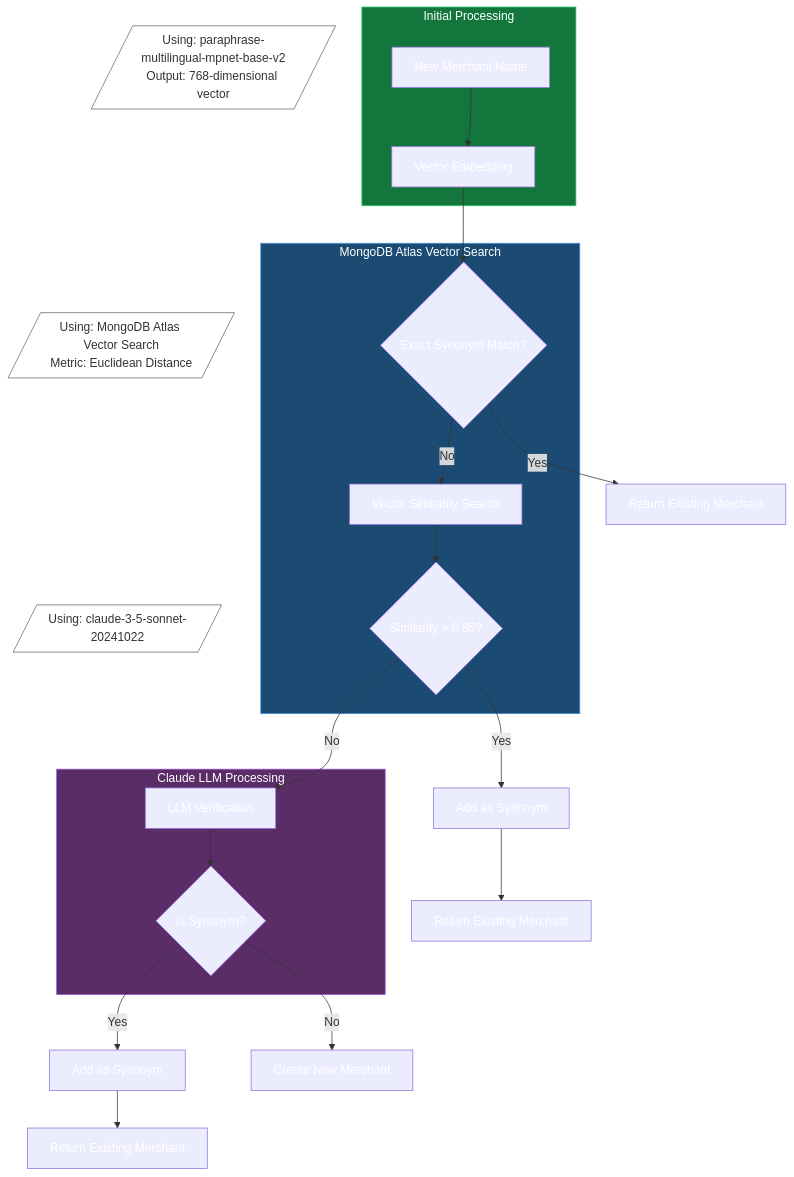
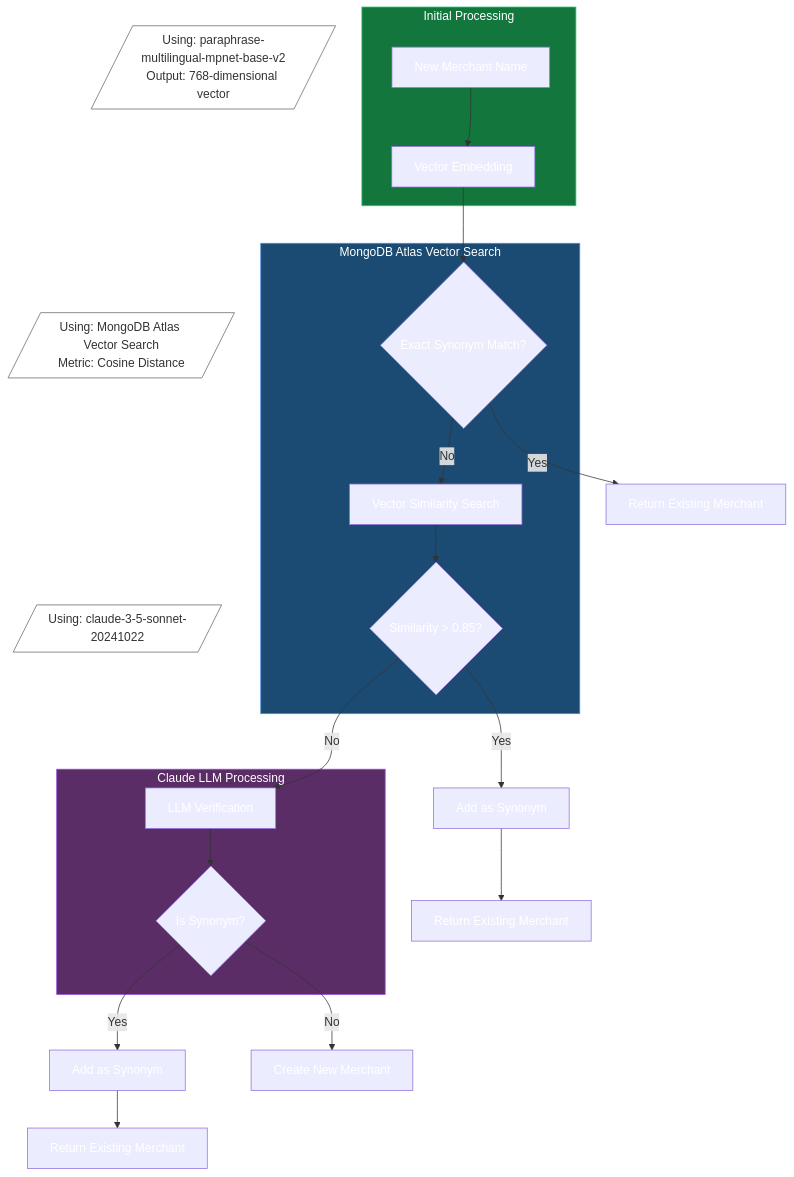
Before and after one commit to tzehon/genai-examples: the first of 2 diagrams in streamlit/invoice_processor/README.md, drawn with Mermaid. The commit also changed other lines of this file and 1 other file, not shown here.

Commit message:
Use cosine similarity function

````diff
--- a/streamlit/invoice_processor/README.md
+++ b/streamlit/invoice_processor/README.md
@@ -105,47 +105,47 @@
 ```mermaid
 graph TD
     %% Annotations first so they appear behind
     ann1[/"Using: paraphrase-multilingual-mpnet-base-v2<br>Output: 768-dimensional vector"/]
-    ann2[/"Using: MongoDB Atlas Vector Search<br>Metric: Euclidean Distance"/]
+    ann2[/"Using: MongoDB Atlas Vector Search<br>Metric: Cosine Distance"/]
     ann3[/"Using: claude-3-5-sonnet-20241022"/]
 
     subgraph InitialProcessing["Initial Processing"]
         A[New Merchant Name] --> B[Vector Embedding]
     end
 
     subgraph VectorSearch["MongoDB Atlas Vector Search"]
         B --> C{Exact Synonym Match?}
         C -->|No| E[Vector Similarity Search]
         E --> F{Similarity > 0.85?}
     end
 
     C -->|Yes| D[Return Existing Merchant]
 
     F -->|Yes| G[Add as Synonym]
     G --> H[Return Existing Merchant]
 
     subgraph LLMProcessing["Claude LLM Processing"]
         F -->|No| I[LLM Verification]
         I --> J{Is Synonym?}
     end
 
     J -->|Yes| K[Add as Synonym]
     K --> L[Return Existing Merchant]
     J -->|No| M[Create New Merchant]
 
     %% Connect annotations with transparent edges
     ann1 ~~~ B
     ann2 ~~~ E
     ann3 ~~~ I
 
     classDef initial fill:#13773D,stroke:#2ecc71,color:#fff
     classDef vector fill:#1B4B72,stroke:#4a90e2,color:#fff
     classDef llm fill:#5B2D66,stroke:#9b51e0,color:#fff
     classDef default color:#fff
     classDef annotation fill:#fff,stroke:#666,color:#333
 
     class InitialProcessing initial
     class VectorSearch vector
     class LLMProcessing llm
     class ann1,ann2,ann3 annotation
 ```
````
